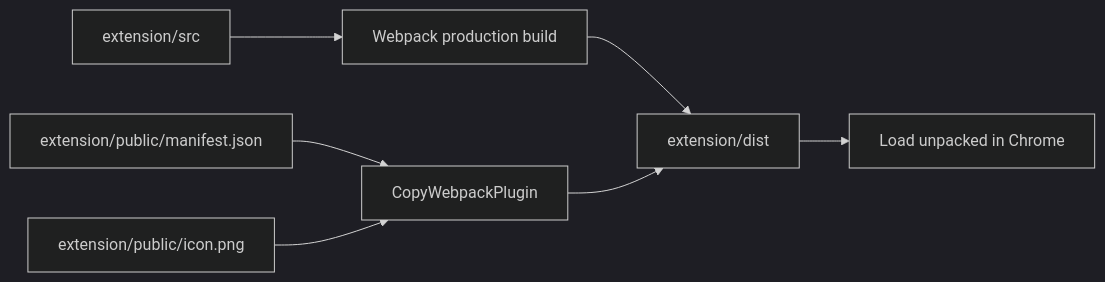
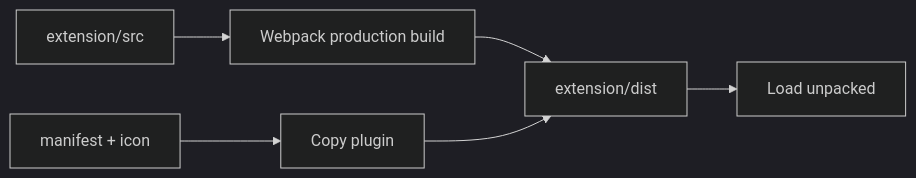
One commit to SidheshwarSarangal/X_feed_extension changed the sixth of 6 diagrams in docs/architecture.md. Above: the diagram before and after it, drawn with Mermaid (dark theme). The commit also changed other lines of this file and 5 other files, not shown here.

````diff
--- a/docs/architecture.md
+++ b/docs/architecture.md
@@ -120,9 +148,8 @@
 ```mermaid
 flowchart LR
-    Source[extension/src] --> Webpack[Webpack production build]
-    Manifest[extension/public/manifest.json] --> Copy[CopyWebpackPlugin]
-    Icon[extension/public/icon.png] --> Copy
+    Src[extension/src] --> Webpack[Webpack production build]
+    Public[manifest + icon] --> Copy[Copy plugin]
     Webpack --> Dist[extension/dist]
     Copy --> Dist
-    Dist --> Chrome[Load unpacked in Chrome]
+    Dist --> Chrome[Load unpacked]
 ```
````
